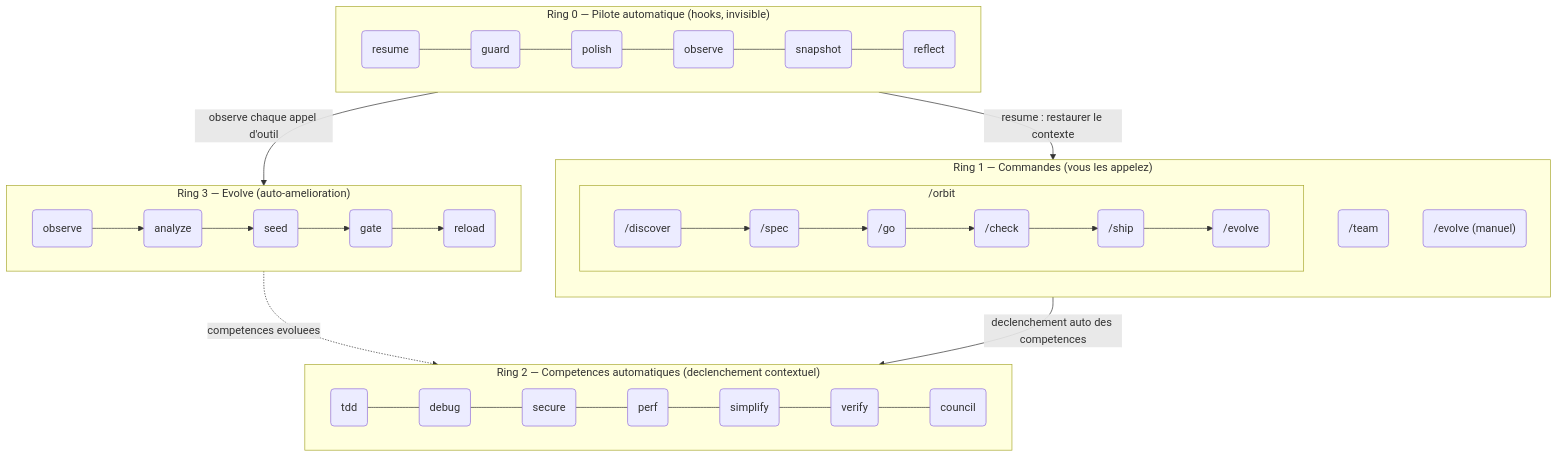
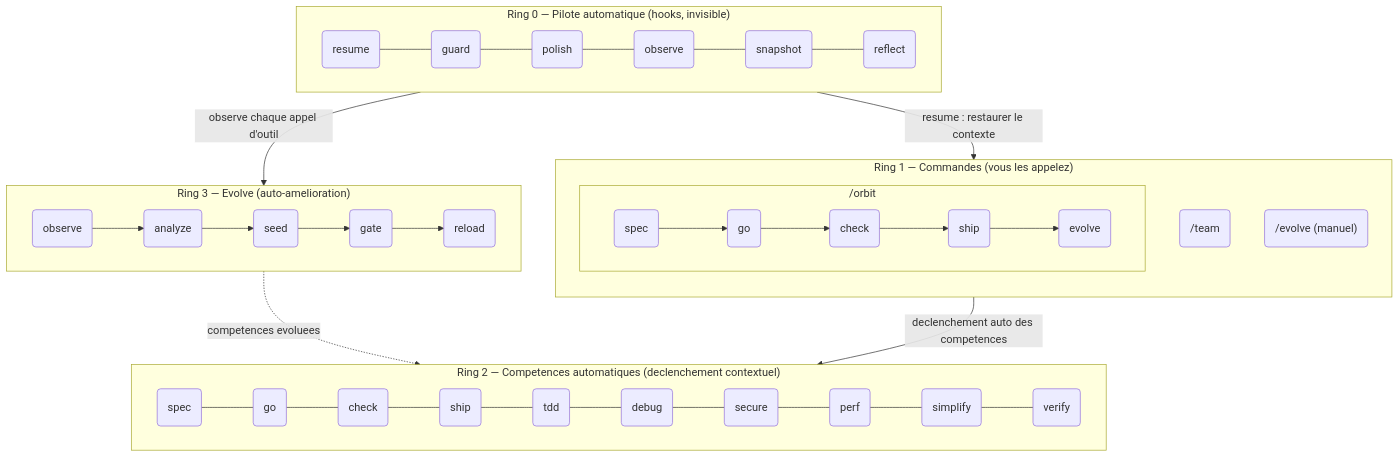
One commit to epicsagas/epic-harness changed the second of 2 diagrams in i18n/fr/README.md. Above: the diagram before and after it, drawn with Mermaid. The commit also changed other lines of this file and 9 other files, not shown here.

````diff
--- a/i18n/fr/README.md
+++ b/i18n/fr/README.md
@@ -413,32 +416,32 @@
 ```mermaid
 flowchart TB
     subgraph R0["Ring 0 — Pilote automatique (hooks, invisible)"]
         direction LR
         h1(resume) --- h2(guard) --- h3(polish) --- h4(observe) --- h5(snapshot) --- h6(reflect)
     end
 
     subgraph R1["Ring 1 — Commandes (vous les appelez)"]
         direction TB
         subgraph orbit_wrap["  /orbit  "]
             direction LR
-            c1("/discover") --> c2("/spec") --> c3("/go") --> c4("/check") --> c5("/ship") --> c6("/evolve")
+            c1("spec") --> c2("go") --> c3("check") --> c4("ship") --> c5("evolve")
         end
-        c7("/team")
-        c8("/evolve (manuel)")
+        c6("/team")
+        c7("/evolve (manuel)")
     end
 
     subgraph R2["Ring 2 — Competences automatiques (declenchement contextuel)"]
         direction LR
-        s1(tdd) --- s2(debug) --- s3(secure) --- s4(perf) --- s5(simplify) --- s6(verify) --- s7(council)
+        s1(spec) --- s2(go) --- s3(check) --- s4(ship) --- s5(tdd) --- s6(debug) --- s7(secure) --- s8(perf) --- s9(simplify) --- s10(verify)
     end
 
     subgraph R3["Ring 3 — Evolve (auto-amelioration)"]
         direction LR
         e1(observe) --> e2(analyze) --> e3(seed) --> e4(gate) --> e5(reload)
     end
 
     R0 -->|"observe chaque appel d'outil"| R3
     R3 -.->|"competences evoluees"| R2
     R1 -->|"declenchement auto des competences"| R2
     R0 -->|"resume : restaurer le contexte"| R1
 ```
````
